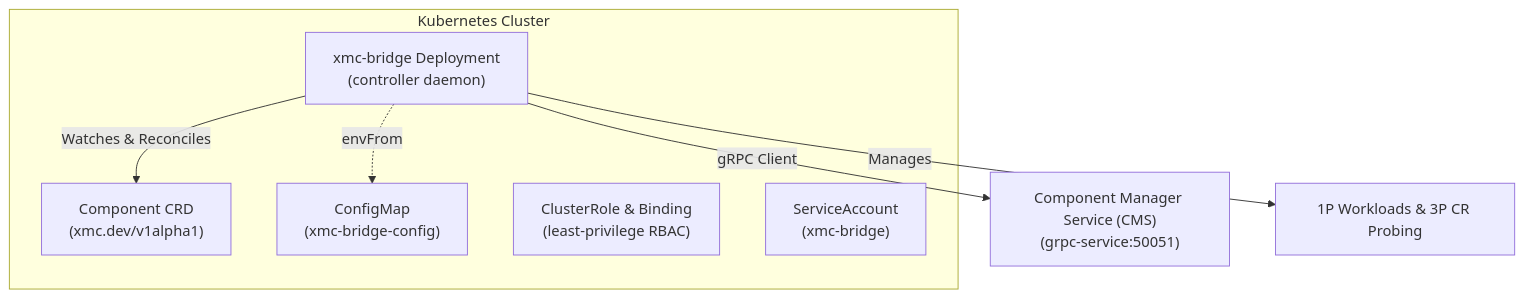
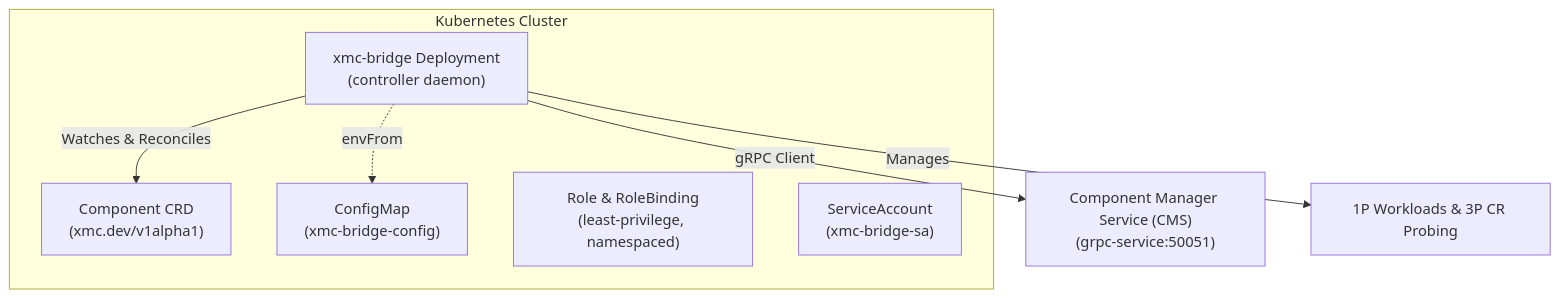
The diagram in cmd/xmc_bridge/README.md (google/xmc), drawn with Mermaid before and after one commit. The commit also changed other lines of this file and 4 other files, not shown here.

First line of the commit message:
fix(components): scope xmc-bridge RBAC to least-privilege workload and wrapper resources (#1242)

````diff
--- a/cmd/xmc_bridge/README.md
+++ b/cmd/xmc_bridge/README.md
@@ -9,15 +9,15 @@
 ```mermaid
 graph TD
     subgraph Kubernetes["Kubernetes Cluster"]
         CRD["Component CRD<br>(xmc.dev/v1alpha1)"]
         Deploy["xmc-bridge Deployment<br>(controller daemon)"]
         CM["ConfigMap<br>(xmc-bridge-config)"]
-        RBAC["ClusterRole & Binding<br>(least-privilege RBAC)"]
-        SA["ServiceAccount<br>(xmc-bridge)"]
+        RBAC["Role & RoleBinding<br>(least-privilege, namespaced)"]
+        SA["ServiceAccount<br>(xmc-bridge-sa)"]
     end
 
     Deploy -.->|"envFrom"| CM
     Deploy -->|"Watches & Reconciles"| CRD
     Deploy -->|"gRPC Client"| CMS["Component Manager Service (CMS)<br>(grpc-service:50051)"]
     Deploy -->|"Manages"| Workloads["1P Workloads & 3P CR Probing"]
 ```
````
